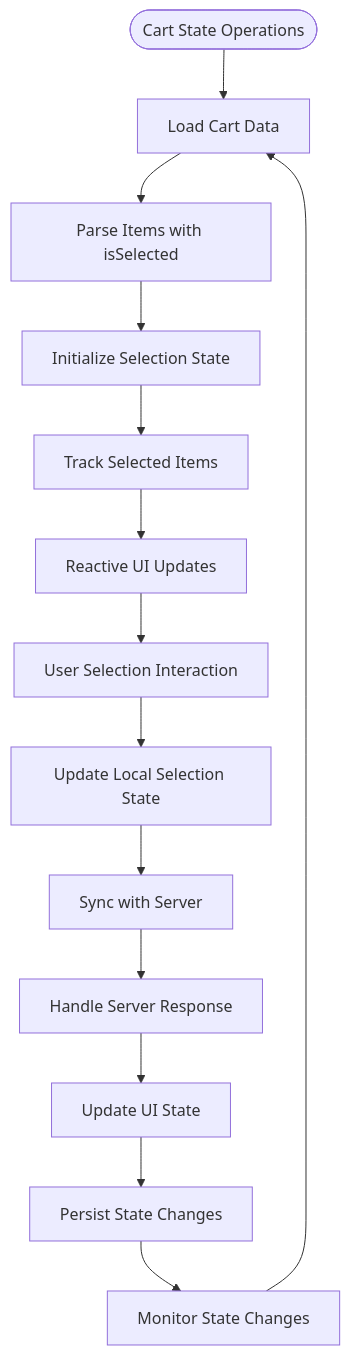
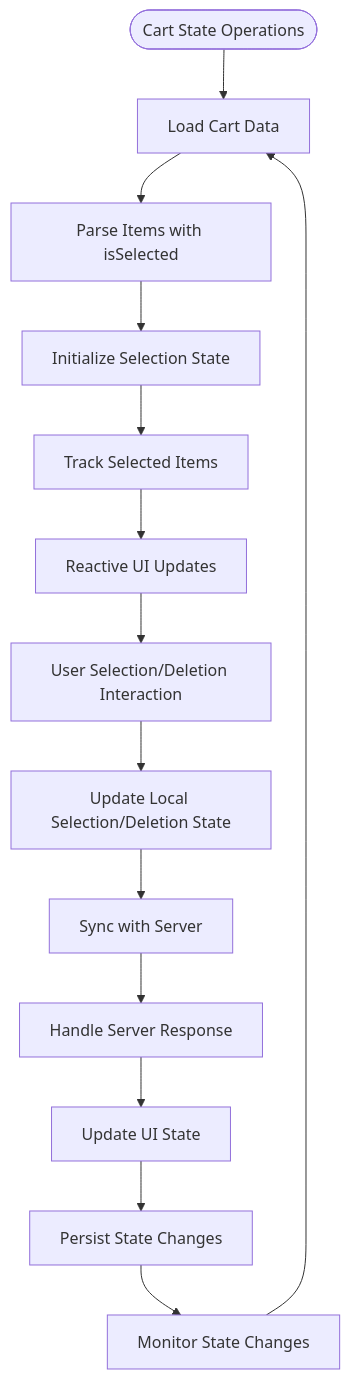
One commit to Ariful3111/FurniGo changed diagram 13 of 22 in .qoder/repowiki/en/content/Core Features/E-commerce Platform/Shopping Cart System.md. Above: the diagram before and after it, drawn with Mermaid. The commit also changed other lines of this file and 7 other files, not shown here.

````diff
--- a/.qoder/repowiki/en/content/Core Features/E-commerce Platform/Shopping Cart System.md
+++ b/.qoder/repowiki/en/content/Core Features/E-commerce Platform/Shopping Cart System.md
@@ -528,16 +734,16 @@
 ```mermaid
 flowchart TD
 Start(["Cart State Operations"]) --> LoadCart["Load Cart Data"]
 LoadCart --> ParseItems["Parse Items with isSelected"]
 ParseItems --> InitSelection["Initialize Selection State"]
 InitSelection --> TrackSelection["Track Selected Items"]
 TrackSelection --> ReactiveUpdates["Reactive UI Updates"]
-ReactiveUpdates --> UserInteraction["User Selection Interaction"]
-UserInteraction --> UpdateLocalState["Update Local Selection State"]
+ReactiveUpdates --> UserInteraction["User Selection/Deletion Interaction"]
+UserInteraction --> UpdateLocalState["Update Local Selection/Deletion State"]
 UpdateLocalState --> SyncWithServer["Sync with Server"]
 SyncWithServer --> HandleResponse["Handle Server Response"]
 HandleResponse --> UpdateUI["Update UI State"]
 UpdateUI --> PersistState["Persist State Changes"]
 PersistState --> MonitorState["Monitor State Changes"]
 MonitorState --> LoadCart
 ```
````
